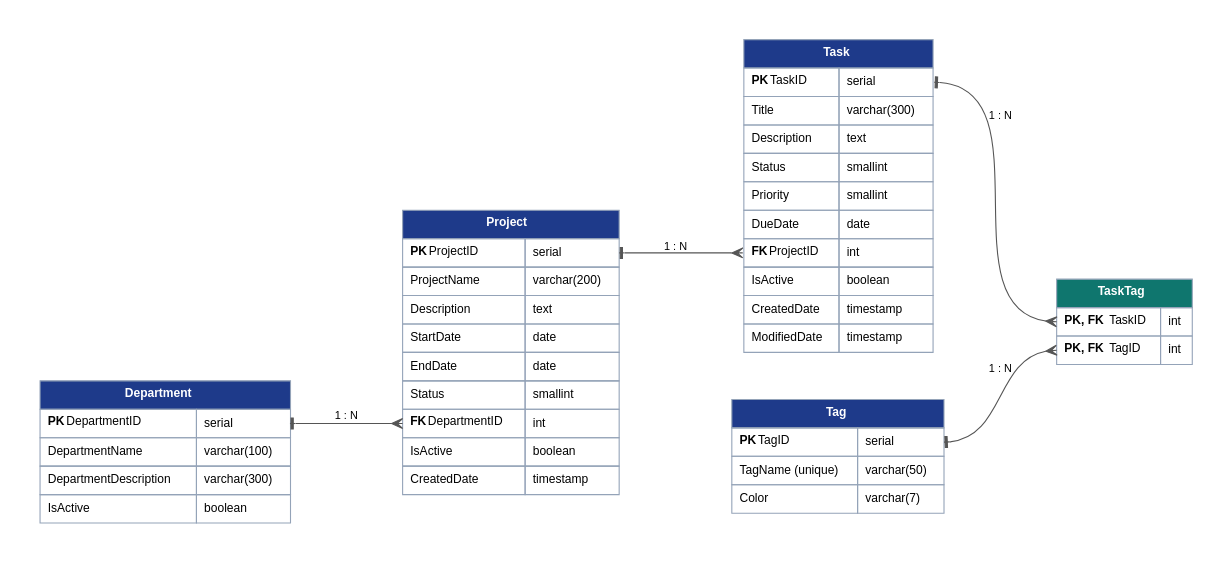
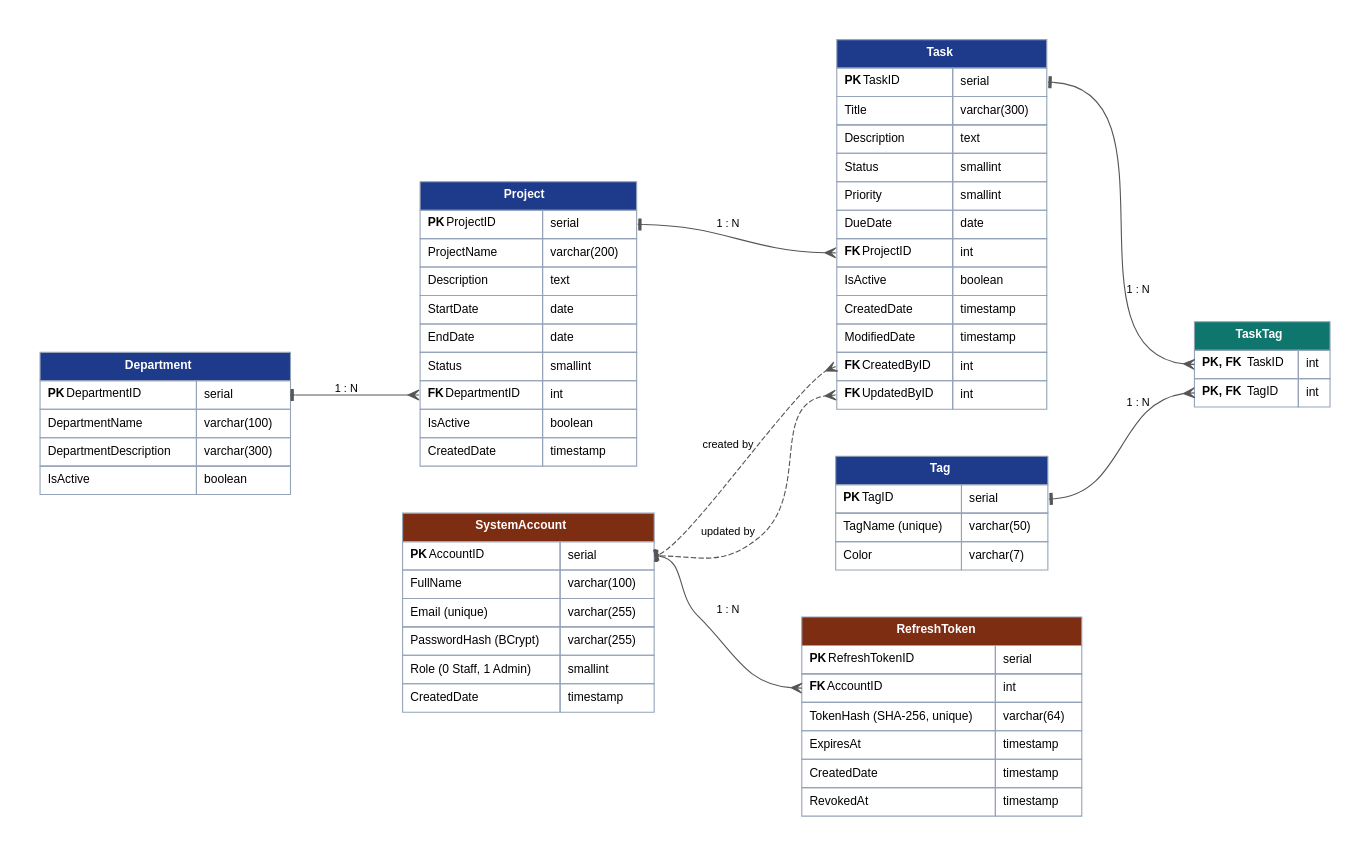
One commit to DangKhoa050318/QE190126_PRN232_Ass1_BE changed the diagram in docs/erd.dot. Above: the diagram before and after it, drawn with Graphviz. The commit also changed 3 other files, not shown here.

Commit message:
docs: update README and ERD for authentication

```diff
--- a/docs/erd.dot
+++ b/docs/erd.dot
@@ -1,65 +1,94 @@
 digraph ERD {
   graph [rankdir=LR, bgcolor="white", pad="0.4", nodesep="0.6", ranksep="1.1", fontname="Helvetica"];
   node  [shape=plain, fontname="Helvetica", fontsize=11];
   edge  [fontname="Helvetica", fontsize=10, color="#555555", arrowhead=crow, arrowtail=tee, dir=both];
 
   Department [label=<
     <table border="0" cellborder="1" cellspacing="0" cellpadding="6" color="#94A3B8">
       <tr><td bgcolor="#1E3A8A" colspan="2"><font color="white"><b>Department</b></font></td></tr>
       <tr><td align="left"><b>PK</b> DepartmentID</td><td align="left" port="pk">serial</td></tr>
       <tr><td align="left">DepartmentName</td><td align="left">varchar(100)</td></tr>
       <tr><td align="left">DepartmentDescription</td><td align="left">varchar(300)</td></tr>
       <tr><td align="left">IsActive</td><td align="left">boolean</td></tr>
     </table>>];
 
   Project [label=<
     <table border="0" cellborder="1" cellspacing="0" cellpadding="6" color="#94A3B8">
       <tr><td bgcolor="#1E3A8A" colspan="2"><font color="white"><b>Project</b></font></td></tr>
       <tr><td align="left"><b>PK</b> ProjectID</td><td align="left" port="pk">serial</td></tr>
       <tr><td align="left">ProjectName</td><td align="left">varchar(200)</td></tr>
       <tr><td align="left">Description</td><td align="left">text</td></tr>
       <tr><td align="left">StartDate</td><td align="left">date</td></tr>
       <tr><td align="left">EndDate</td><td align="left">date</td></tr>
       <tr><td align="left">Status</td><td align="left">smallint</td></tr>
       <tr><td align="left" port="fk"><b>FK</b> DepartmentID</td><td align="left">int</td></tr>
       <tr><td align="left">IsActive</td><td align="left">boolean</td></tr>
       <tr><td align="left">CreatedDate</td><td align="left">timestamp</td></tr>
     </table>>];
 
   Task [label=<
     <table border="0" cellborder="1" cellspacing="0" cellpadding="6" color="#94A3B8">
       <tr><td bgcolor="#1E3A8A" colspan="2"><font color="white"><b>Task</b></font></td></tr>
       <tr><td align="left"><b>PK</b> TaskID</td><td align="left" port="pk">serial</td></tr>
       <tr><td align="left">Title</td><td align="left">varchar(300)</td></tr>
       <tr><td align="left">Description</td><td align="left">text</td></tr>
       <tr><td align="left">Status</td><td align="left">smallint</td></tr>
       <tr><td align="left">Priority</td><td align="left">smallint</td></tr>
       <tr><td align="left">DueDate</td><td align="left">date</td></tr>
       <tr><td align="left" port="fk"><b>FK</b> ProjectID</td><td align="left">int</td></tr>
       <tr><td align="left">IsActive</td><td align="left">boolean</td></tr>
       <tr><td align="left">CreatedDate</td><td align="left">timestamp</td></tr>
       <tr><td align="left">ModifiedDate</td><td align="left">timestamp</td></tr>
+      <tr><td align="left" port="createdby"><b>FK</b> CreatedByID</td><td align="left">int</td></tr>
+      <tr><td align="left" port="updatedby"><b>FK</b> UpdatedByID</td><td align="left">int</td></tr>
     </table>>];
 
   TaskTag [label=<
     <table border="0" cellborder="1" cellspacing="0" cellpadding="6" color="#94A3B8">
       <tr><td bgcolor="#0F766E" colspan="2"><font color="white"><b>TaskTag</b></font></td></tr>
       <tr><td align="left" port="task"><b>PK, FK</b> TaskID</td><td align="left">int</td></tr>
       <tr><td align="left" port="tag"><b>PK, FK</b> TagID</td><td align="left">int</td></tr>
     </table>>];
 
   Tag [label=<
     <table border="0" cellborder="1" cellspacing="0" cellpadding="6" color="#94A3B8">
       <tr><td bgcolor="#1E3A8A" colspan="2"><font color="white"><b>Tag</b></font></td></tr>
       <tr><td align="left"><b>PK</b> TagID</td><td align="left" port="pk">serial</td></tr>
       <tr><td align="left">TagName (unique)</td><td align="left">varchar(50)</td></tr>
       <tr><td align="left">Color</td><td align="left">varchar(7)</td></tr>
     </table>>];
 
+
+  SystemAccount [label=<
+    <table border="0" cellborder="1" cellspacing="0" cellpadding="6" color="#94A3B8">
+      <tr><td bgcolor="#7C2D12" colspan="2"><font color="white"><b>SystemAccount</b></font></td></tr>
+      <tr><td align="left"><b>PK</b> AccountID</td><td align="left" port="pk">serial</td></tr>
+      <tr><td align="left">FullName</td><td align="left">varchar(100)</td></tr>
+      <tr><td align="left">Email (unique)</td><td align="left">varchar(255)</td></tr>
+      <tr><td align="left">PasswordHash (BCrypt)</td><td align="left">varchar(255)</td></tr>
+      <tr><td align="left">Role (0 Staff, 1 Admin)</td><td align="left">smallint</td></tr>
+      <tr><td align="left">CreatedDate</td><td align="left">timestamp</td></tr>
+    </table>>];
+
+  RefreshToken [label=<
+    <table border="0" cellborder="1" cellspacing="0" cellpadding="6" color="#94A3B8">
+      <tr><td bgcolor="#7C2D12" colspan="2"><font color="white"><b>RefreshToken</b></font></td></tr>
+      <tr><td align="left"><b>PK</b> RefreshTokenID</td><td align="left">serial</td></tr>
+      <tr><td align="left" port="fk"><b>FK</b> AccountID</td><td align="left">int</td></tr>
+      <tr><td align="left">TokenHash (SHA-256, unique)</td><td align="left">varchar(64)</td></tr>
+      <tr><td align="left">ExpiresAt</td><td align="left">timestamp</td></tr>
+      <tr><td align="left">CreatedDate</td><td align="left">timestamp</td></tr>
+      <tr><td align="left">RevokedAt</td><td align="left">timestamp</td></tr>
+    </table>>];
+
   { rank=same; Task; Tag; }
+  { rank=same; Project; SystemAccount; }
 
   Department:pk:e -> Project:fk:w [label="1 : N"];
   Project:pk:e -> Task:fk:w    [label="1 : N"];
   Task:pk:e -> TaskTag:task:w [label="1 : N"];
   Tag:pk:e -> TaskTag:tag:w  [label="1 : N"];
+  SystemAccount:pk:e -> Task:createdby:w [label="created by", style=dashed];
+  SystemAccount:pk:e -> Task:updatedby:w [label="updated by", style=dashed];
+  SystemAccount:pk:e -> RefreshToken:fk:w [label="1 : N"];
 }
```
